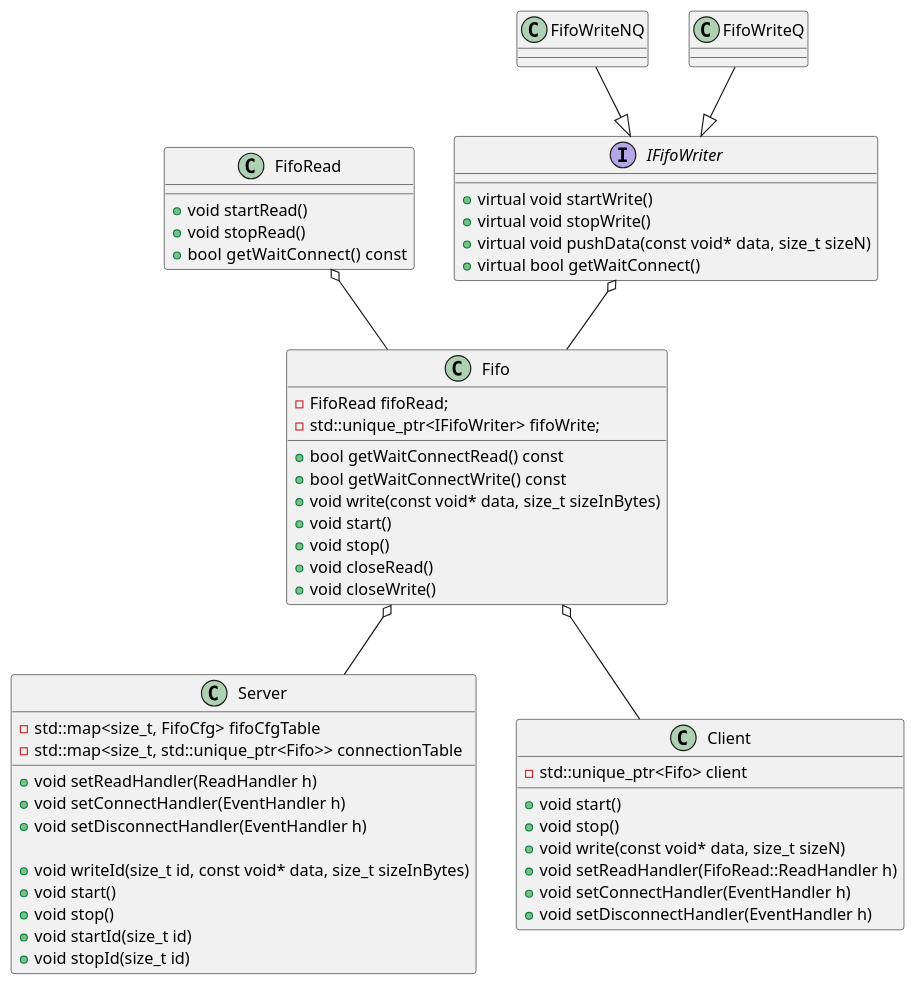
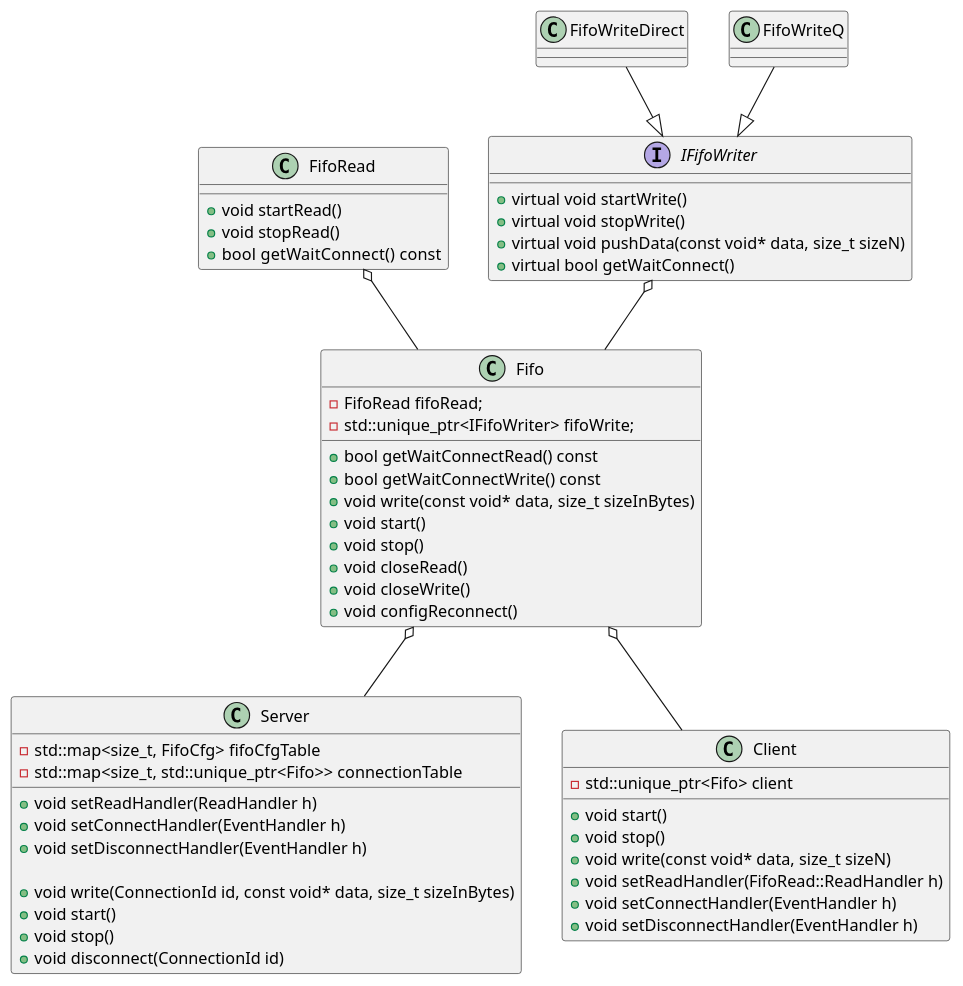
Before and after one commit to Ilya-Abramov00/FifoMaster: the diagram in diagram_Class.puml, drawn with PlantUML. The commit also changed 7 other files, not shown here.

```diff
--- a/diagram_Class.puml
+++ b/diagram_Class.puml
@@ -1,75 +1,75 @@
 @startuml
 
 interface IFifoWriter {
 	+virtual void startWrite()
 	+virtual void stopWrite()
 	+virtual void pushData(const void* data, size_t sizeN)
 	+virtual bool getWaitConnect()
 
 }
 
 
 
-class FifoWriteNQ
+class FifoWriteDirect
 class FifoWriteQ
 
-FifoWriteNQ --|> IFifoWriter
+FifoWriteDirect --|> IFifoWriter
 FifoWriteQ --|> IFifoWriter
 
 class FifoRead {
 	+void startRead()
 	+void stopRead()
 	+bool  getWaitConnect() const
 }
 
 class Fifo {
 	+bool getWaitConnectRead() const
 	+bool getWaitConnectWrite() const
 	+void write(const void* data, size_t sizeInBytes)
 	+void start()
 	+void stop()
 	+void closeRead()
 	+void closeWrite()
-
+    +void configReconnect()
 	-FifoRead fifoRead;
     -std::unique_ptr<IFifoWriter> fifoWrite;
 }
 
 FifoRead o--Fifo
 IFifoWriter o--Fifo
 
 
 
 class Server {
 
 
 	+void setReadHandler(ReadHandler h)
 	+void setConnectHandler(EventHandler h)
 	+void setDisconnectHandler(EventHandler h)
 
-	+void writeId(size_t id, const void* data, size_t sizeInBytes)
+	+void write(ConnectionId id, const void* data, size_t sizeInBytes)
 	+void start()
 	+void stop()
-    +void startId(size_t id)
-    +void stopId(size_t id)
+    +void disconnect(ConnectionId id)
+
 
 	-std::map<size_t, FifoCfg> fifoCfgTable
 	-std::map<size_t, std::unique_ptr<Fifo>> connectionTable
 
 }
 Fifo o--Server
 
 class Client {
 
 	+void start()
 	+void stop()
 	+void write(const void* data, size_t sizeN)
 	+void setReadHandler(FifoRead::ReadHandler h)
 	+void setConnectHandler(EventHandler h)
 	+void setDisconnectHandler(EventHandler h)
     -std::unique_ptr<Fifo> client
 }
 
 Fifo o--Client
 
 @enduml
```
